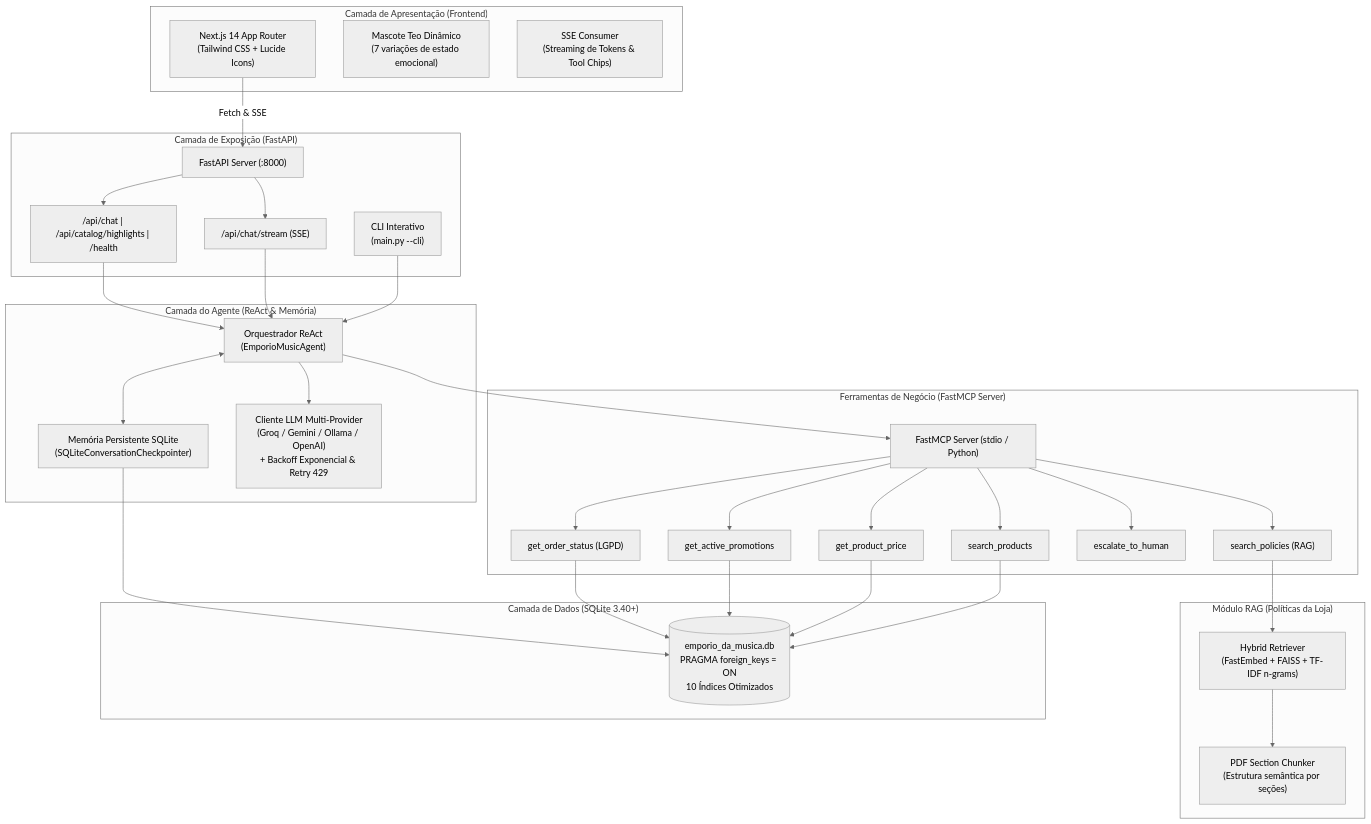
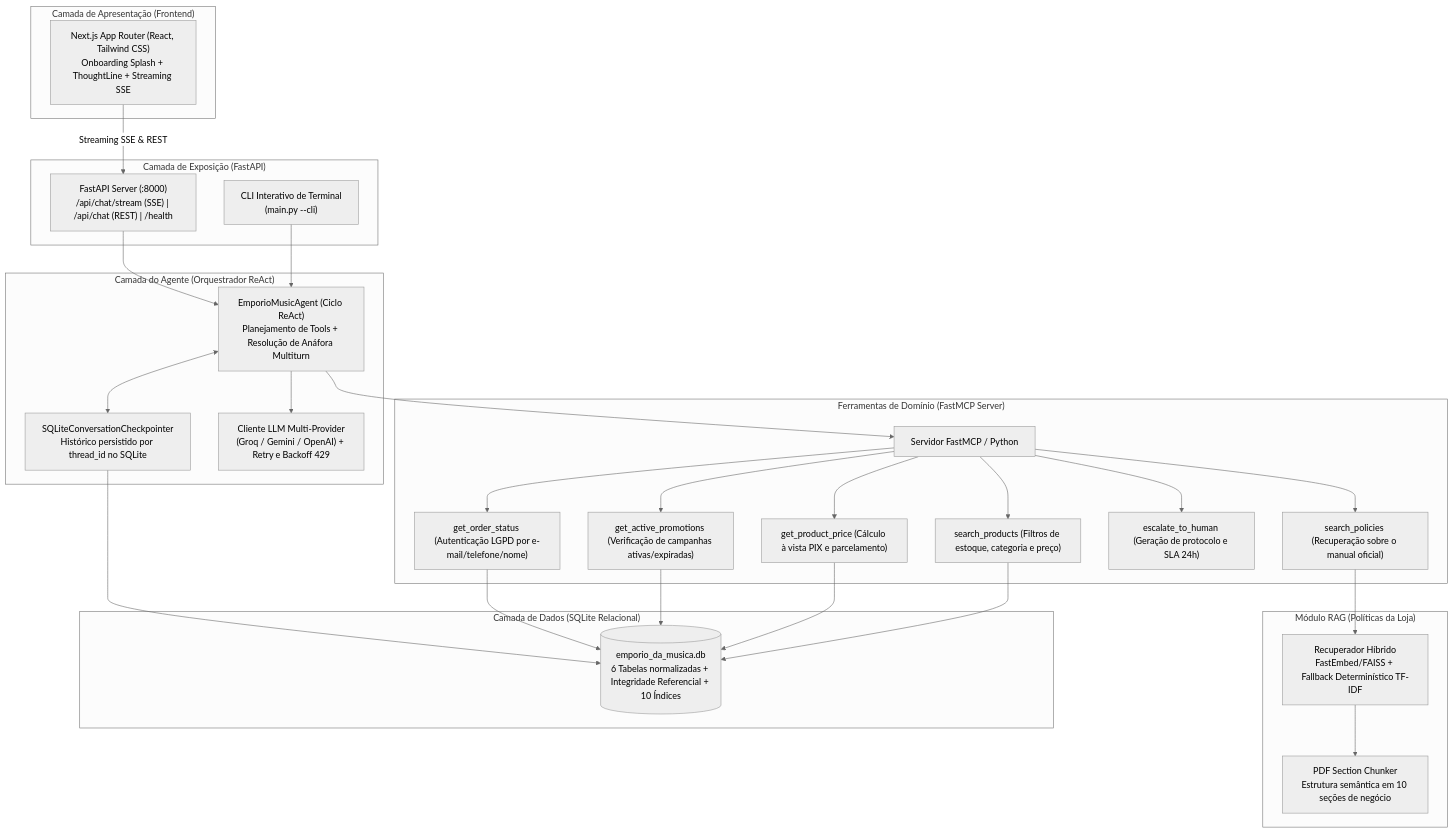
Before and after one commit to jpfbarri/DESAFIO-TECNICO-ARTEFACT: the diagram in README.md, drawn with Mermaid (neutral theme). The commit also changed other lines of this file, not shown here.

Commit message:
docs: reestrutura README no padrao do desafio Artefact com seções técnicas e relato de workflow

````diff
--- a/README.md
+++ b/README.md
@@ -50,56 +36,50 @@
 ```mermaid
 flowchart TD
     subgraph UI ["Camada de Apresentação (Frontend)"]
-        Next["Next.js 14 App Router\n(Tailwind CSS + Lucide Icons)"]
-        TeoMascot["Mascote Teo Dinâmico\n(7 variações de estado emocional)"]
-        EventSource["SSE Consumer\n(Streaming de Tokens & Tool Chips)"]
+        Next["Next.js App Router (React, Tailwind CSS)\nOnboarding Splash + ThoughtLine + Streaming SSE"]
     end
 
     subgraph API ["Camada de Exposição (FastAPI)"]
-        FastAPIApp["FastAPI Server (:8000)"]
-        SSEEndpoint["/api/chat/stream (SSE)"]
-        RESTEndpoints["/api/chat | /api/catalog/highlights | /health"]
-        CLI["CLI Interativo\n(main.py --cli)"]
+        FastAPIServer["FastAPI Server (:8000)\n/api/chat/stream (SSE) | /api/chat (REST) | /health"]
+        CLIInterface["CLI Interativo de Terminal\n(main.py --cli)"]
     end
 
-    subgraph Agent ["Camada do Agente (ReAct & Memória)"]
-        Orchestrator["Orquestrador ReAct\n(EmporioMusicAgent)"]
-        Memory["Memória Persistente SQLite\n(SQLiteConversationCheckpointer)"]
-        LLMClient["Cliente LLM Multi-Provider\n(Groq / Gemini / Ollama / OpenAI)\n+ Backoff Exponencial & Retry 429"]
+    subgraph Agent ["Camada do Agente (Orquestrador ReAct)"]
+        Orchestrator["EmporioMusicAgent (Ciclo ReAct)\nPlanejamento de Tools + Resolução de Anáfora Multiturn"]
+        Memory["SQLiteConversationCheckpointer\nHistórico persistido por thread_id no SQLite"]
+        LLMClient["Cliente LLM Multi-Provider\n(Groq / Gemini / OpenAI) + Retry e Backoff 429"]
     end
 
-    subgraph Tools ["Ferramentas de Negócio (FastMCP Server)"]
-        FastMCP["FastMCP Server (stdio / Python)"]
-        T1["search_products"]
-        T2["get_product_price"]
-        T3["get_active_promotions"]
-        T4["get_order_status (LGPD)"]
-        T5["escalate_to_human"]
-        T6["search_policies (RAG)"]
+    subgraph Tools ["Ferramentas de Domínio (FastMCP Server)"]
+        MCP["Servidor FastMCP / Python"]
+        T1["search_products (Filtros de estoque, categoria e preço)"]
+        T2["get_product_price (Cálculo à vista PIX e parcelamento)"]
+        T3["get_active_promotions (Verificação de campanhas ativas/expiradas)"]
+        T4["get_order_status (Autenticação LGPD por e-mail/telefone/nome)"]
+        T5["escalate_to_human (Geração de protocolo e SLA 24h)"]
+        T6["search_policies (Recuperação sobre o manual oficial)"]
     end
 
-    subgraph RAGModule ["Módulo RAG (Políticas da Loja)"]
-        Chunker["PDF Section Chunker\n(Estrutura semântica por seções)"]
-        HybridRetriever["Hybrid Retriever\n(FastEmbed + FAISS + TF-IDF n-grams)"]
+    subgraph RAG ["Módulo RAG (Políticas da Loja)"]
+        Chunker["PDF Section Chunker\nEstrutura semântica em 10 seções de negócio"]
+        Retriever["Recuperador Híbrido\nFastEmbed/FAISS + Fallback Determinístico TF-IDF"]
     end
 
-    subgraph Storage ["Camada de Dados (SQLite 3.40+)"]
-        SQLiteDB[("emporio_da_musica.db\nPRAGMA foreign_keys = ON\n10 Índices Otimizados")]
+    subgraph Storage ["Camada de Dados (SQLite Relacional)"]
+        Database[("emporio_da_musica.db\n6 Tabelas normalizadas + Integridade Referencial + 10 Índices")]
     end
 
-    Next -->|Fetch & SSE| FastAPIApp
-    CLI --> Orchestrator
-    FastAPIApp --> SSEEndpoint & RESTEndpoints
-    SSEEndpoint & RESTEndpoints --> Orchestrator
+    Next -->|Streaming SSE & REST| FastAPIServer
+    CLIInterface --> Orchestrator
+    FastAPIServer --> Orchestrator
 
     Orchestrator <--> Memory
     Orchestrator --> LLMClient
-    Orchestrator --> FastMCP
+    Orchestrator --> MCP
 
-    FastMCP --> T1 & T2 & T3 & T4 & T5 & T6
-    T1 & T2 & T3 & T4 --> SQLiteDB
-    T6 --> HybridRetriever
-    HybridRetriever --> Chunker
-
-    Memory --> SQLiteDB
+    MCP --> T1 & T2 & T3 & T4 & T5 & T6
+    T1 & T2 & T3 & T4 --> Database
+    T6 --> Retriever
+    Retriever --> Chunker
+    Memory --> Database
 ```
````
